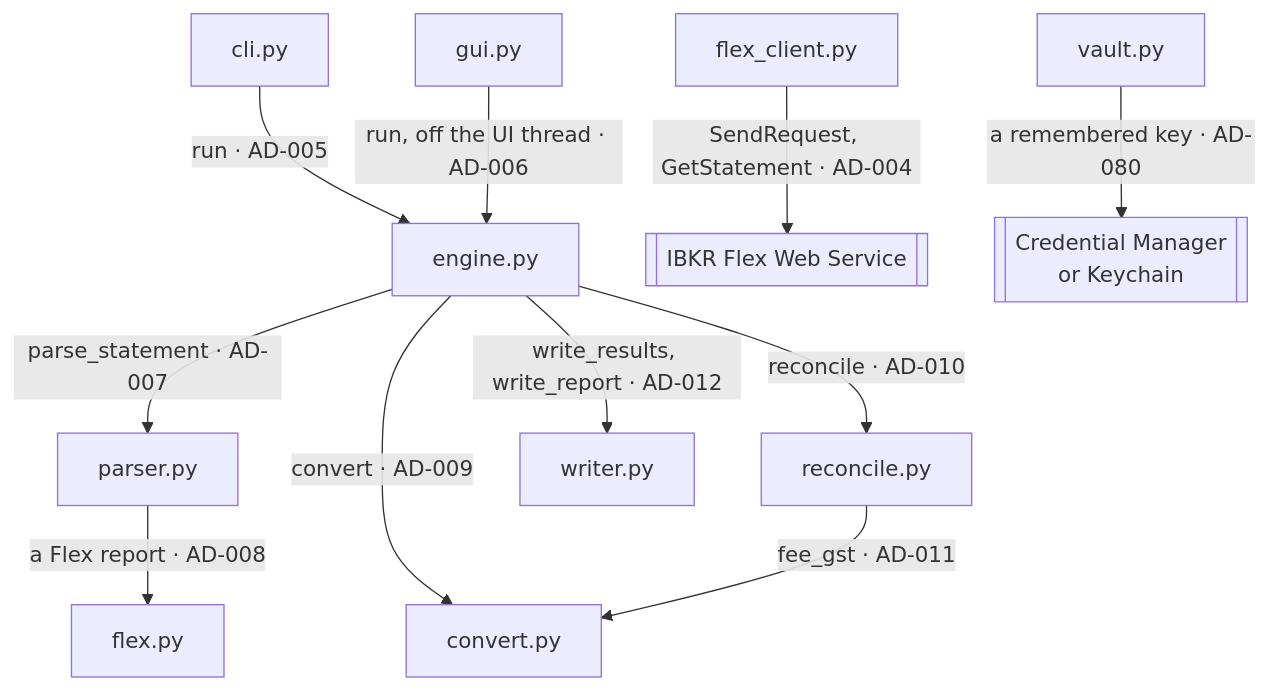
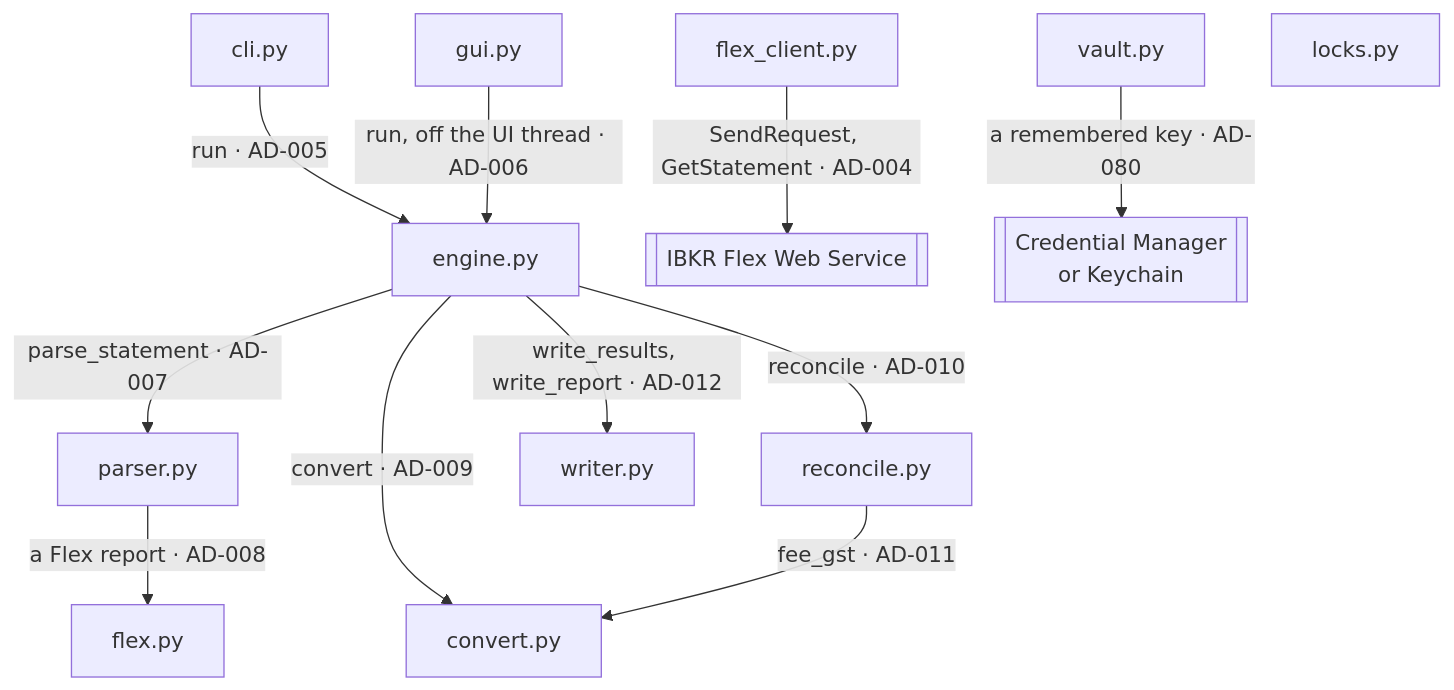
Before and after one commit to skoulik/IBKR-to-Xero: the second of 2 diagrams in ARCHITECTURE.md, drawn with Mermaid. The commit also changed other lines of this file and 4 other files, not shown here.

````diff
--- a/ARCHITECTURE.md
+++ b/ARCHITECTURE.md
@@ -81,26 +81,27 @@
 ```mermaid
 flowchart TD
     cli["cli.py"]
     gui["gui.py"]
     engine["engine.py"]
     parser["parser.py"]
     flex["flex.py"]
     convert["convert.py"]
     reconcile["reconcile.py"]
     writer["writer.py"]
     client["flex_client.py"]
     vault["vault.py"]
+    locks["locks.py"]
     ibkr[["IBKR Flex Web Service"]]
     creds[["Credential Manager<br/>or Keychain"]]
 
     cli -->|run · AD-005| engine
     gui -->|run, off the UI thread · AD-006| engine
     engine -->|parse_statement · AD-007| parser
     parser -->|a Flex report · AD-008| flex
     engine -->|convert · AD-009| convert
     engine -->|reconcile · AD-010| reconcile
     reconcile -->|fee_gst · AD-011| convert
     engine -->|write_results, write_report · AD-012| writer
     client -->|SendRequest, GetStatement · AD-004| ibkr
     vault -->|a remembered key · AD-080| creds
 ```
````
